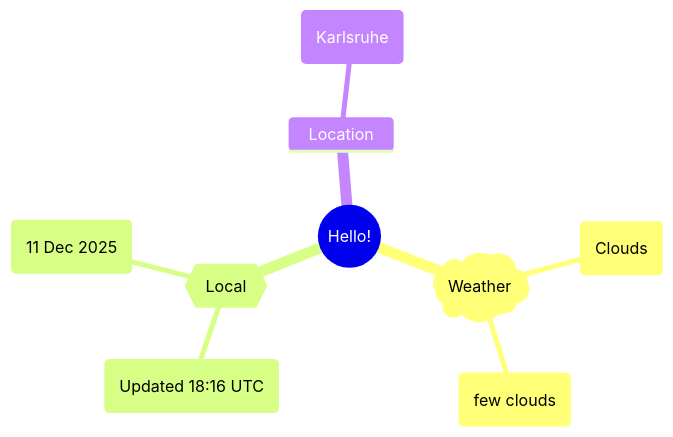
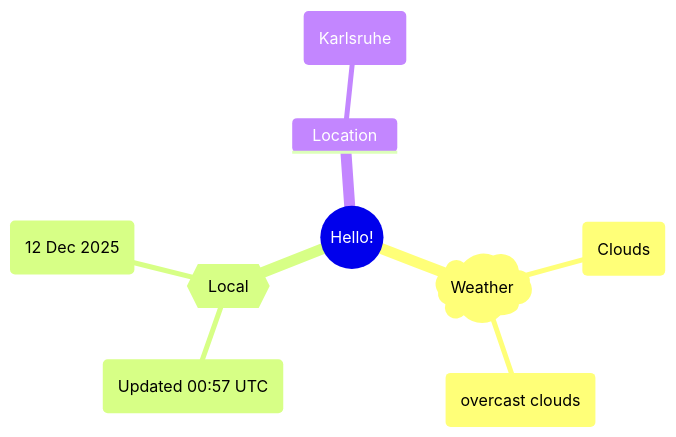
Before and after one commit to Xosrov/Xosrov: the first of 2 diagrams in README.md, drawn with Mermaid.

Commit message:
[bot] updated images

````diff
--- a/README.md
+++ b/README.md
@@ -3,12 +3,12 @@
 ```mermaid
 mindmap
   root((Hello!))
     )Weather(
         (Clouds)
-        (few clouds)
+        (overcast clouds)
     {{Local}}
-        (Updated 18:16 UTC)
-        (11 Dec 2025)
+        (Updated 00:57 UTC)
+        (12 Dec 2025)
     Location
         (Karlsruhe)
 ```
````
